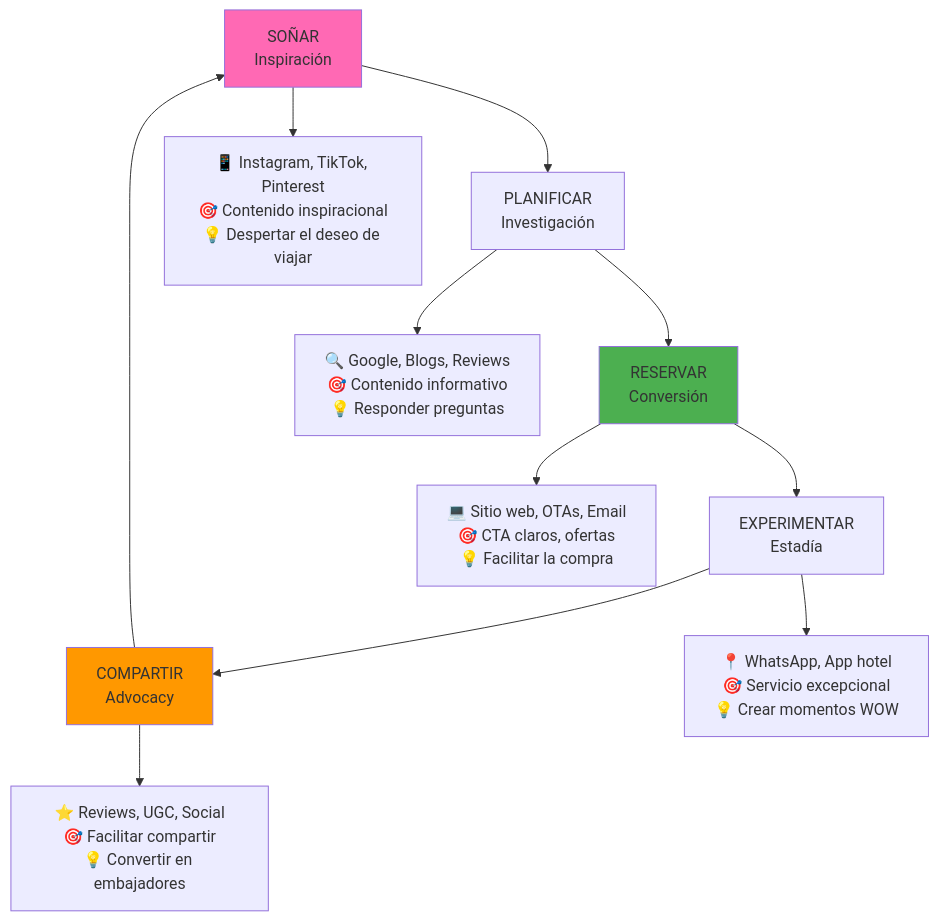
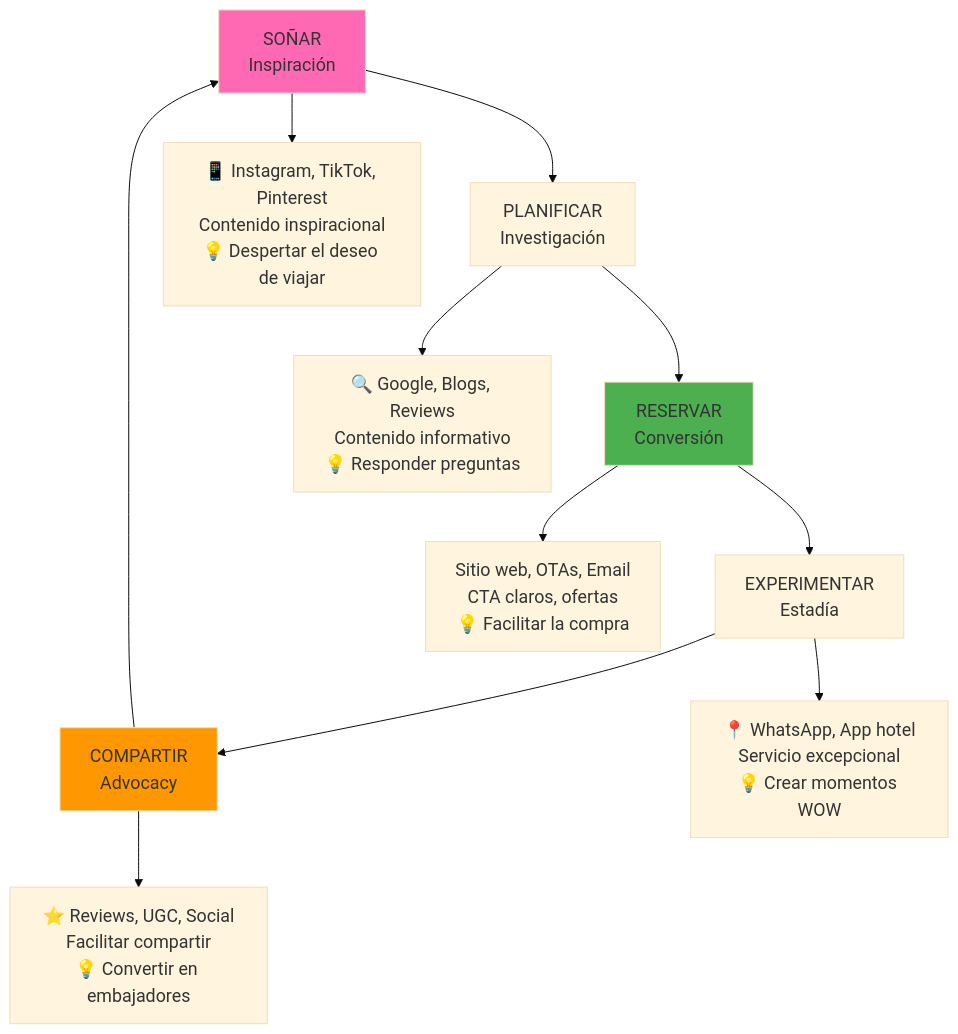
Before and after one commit to Ai-Whisperers/Courses-Content: the first of 9 diagrams in courses/🟡-development/FPUNA-2026/06-HOSPITALIDAD-TURISMO/03-marketing-digital-turismo.md, drawn with Mermaid. The commit also changed other lines of this file and 47 other files, not shown here.

First line of the commit message:
fix: Make all 473 diagrams WCAG AAA accessible (FPUNA-2026)

````diff
--- a/courses/🟡-development/FPUNA-2026/06-HOSPITALIDAD-TURISMO/03-marketing-digital-turismo.md
+++ b/courses/🟡-development/FPUNA-2026/06-HOSPITALIDAD-TURISMO/03-marketing-digital-turismo.md
@@ -35,22 +35,23 @@
 ```mermaid
+%%{init: {'theme':'base', 'themeVariables': {'fontSize':'18px'}}}%%
 graph TD
     A[SOÑAR<br/>Inspiración] --> B[PLANIFICAR<br/>Investigación]
     B --> C[RESERVAR<br/>Conversión]
     C --> D[EXPERIMENTAR<br/>Estadía]
     D --> E[COMPARTIR<br/>Advocacy]
     E --> A
 
-    A --> A1["📱 Instagram, TikTok, Pinterest<br/>🎯 Contenido inspiracional<br/>💡 Despertar el deseo de viajar"]
+    A --> A1["📱 Instagram, TikTok, Pinterest<br/>Contenido inspiracional<br/>💡 Despertar el deseo de viajar"]
 
-    B --> B1["🔍 Google, Blogs, Reviews<br/>🎯 Contenido informativo<br/>💡 Responder preguntas"]
+    B --> B1["🔍 Google, Blogs, Reviews<br/>Contenido informativo<br/>💡 Responder preguntas"]
 
-    C --> C1["💻 Sitio web, OTAs, Email<br/>🎯 CTA claros, ofertas<br/>💡 Facilitar la compra"]
+    C --> C1["Sitio web, OTAs, Email<br/>CTA claros, ofertas<br/>💡 Facilitar la compra"]
 
-    D --> D1["📍 WhatsApp, App hotel<br/>🎯 Servicio excepcional<br/>💡 Crear momentos WOW"]
+    D --> D1["📍 WhatsApp, App hotel<br/>Servicio excepcional<br/>💡 Crear momentos WOW"]
 
-    E --> E1["⭐ Reviews, UGC, Social<br/>🎯 Facilitar compartir<br/>💡 Convertir en embajadores"]
+    E --> E1["⭐ Reviews, UGC, Social<br/>Facilitar compartir<br/>💡 Convertir en embajadores"]
 
     style A fill:#FF69B4
     style C fill:#4CAF50
     style E fill:#FF9800
 ```
````
